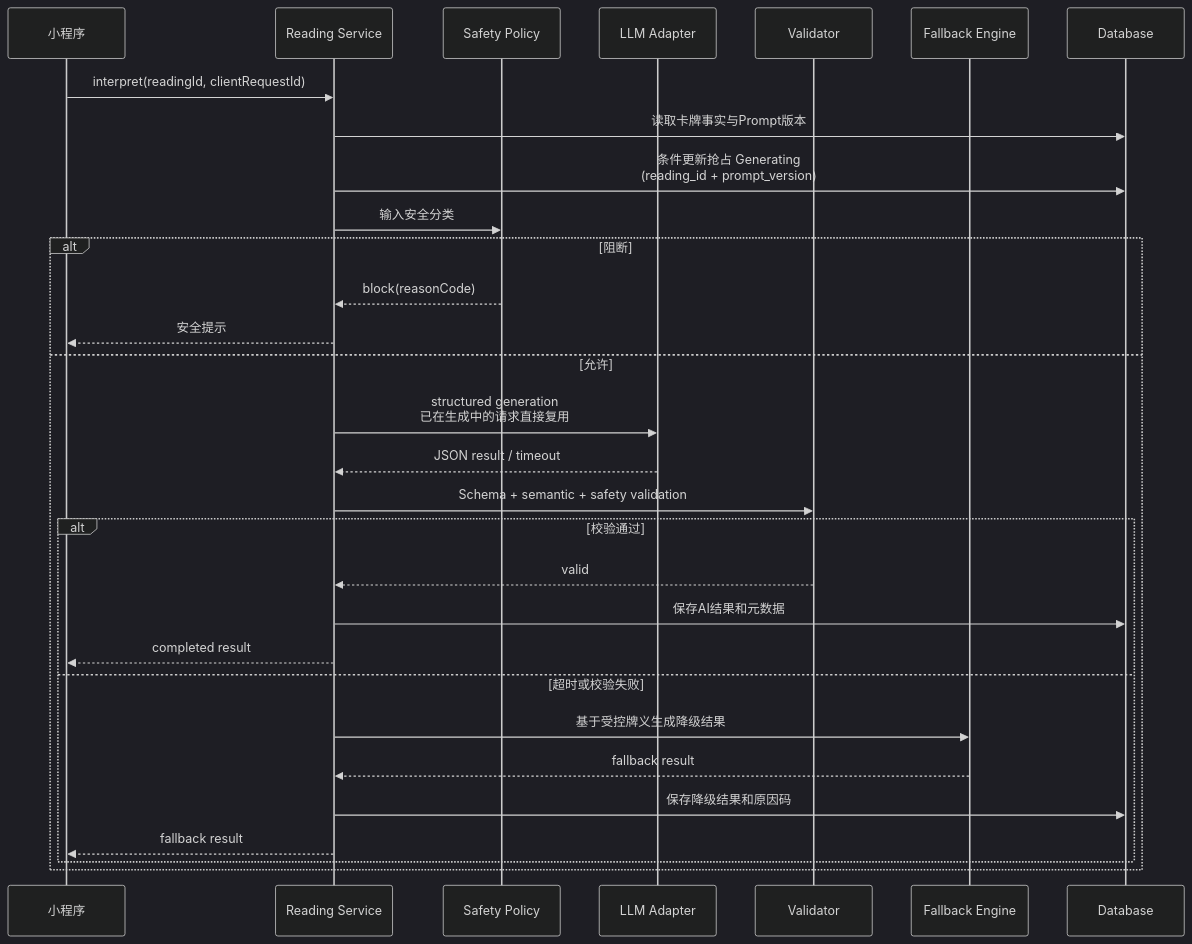
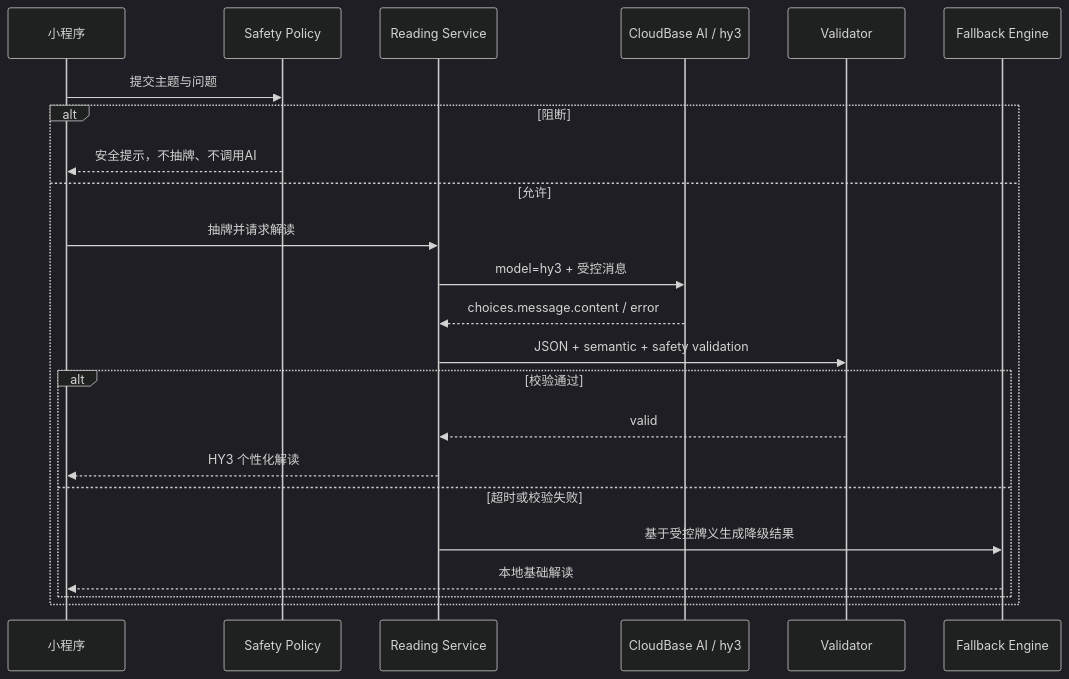
One commit to chenzhiyong1994/arcana-mirror changed the third of 3 diagrams in docs/product/03-technical-architecture.md. Above: the diagram before and after it, drawn with Mermaid (dark theme). The commit also changed other lines of this file and 31 other files, not shown here.

Commit message:
feat: integrate CloudBase hy3 interpretations

````diff
--- a/docs/product/03-technical-architecture.md
+++ b/docs/product/03-technical-architecture.md
@@ -231,33 +229,26 @@
 ```mermaid
 sequenceDiagram
     participant MP as 小程序
-    participant API as Reading Service
     participant SAFE as Safety Policy
-    participant LLM as LLM Adapter
+    participant SVC as Reading Service
+    participant CBAI as CloudBase AI / hy3
     participant VAL as Validator
     participant FB as Fallback Engine
-    participant DB as Database
 
-    MP->>API: interpret(readingId, clientRequestId)
-    API->>DB: 读取卡牌事实与Prompt版本
-    API->>DB: 条件更新抢占 Generating<br/>(reading_id + prompt_version)
-    API->>SAFE: 输入安全分类
+    MP->>SAFE: 提交主题与问题
     alt 阻断
-        SAFE-->>API: block(reasonCode)
-        API-->>MP: 安全提示
+        SAFE-->>MP: 安全提示，不抽牌、不调用AI
     else 允许
-        API->>LLM: structured generation<br/>已在生成中的请求直接复用
-        LLM-->>API: JSON result / timeout
-        API->>VAL: Schema + semantic + safety validation
+        MP->>SVC: 抽牌并请求解读
+        SVC->>CBAI: model=hy3 + 受控消息
+        CBAI-->>SVC: choices.message.content / error
+        SVC->>VAL: JSON + semantic + safety validation
         alt 校验通过
-            VAL-->>API: valid
-            API->>DB: 保存AI结果和元数据
-            API-->>MP: completed result
+            VAL-->>SVC: valid
+            SVC-->>MP: HY3 个性化解读
         else 超时或校验失败
-            API->>FB: 基于受控牌义生成降级结果
-            FB-->>API: fallback result
-            API->>DB: 保存降级结果和原因码
-            API-->>MP: fallback result
+            SVC->>FB: 基于受控牌义生成降级结果
+            FB-->>MP: 本地基础解读
         end
     end
 ```
````
